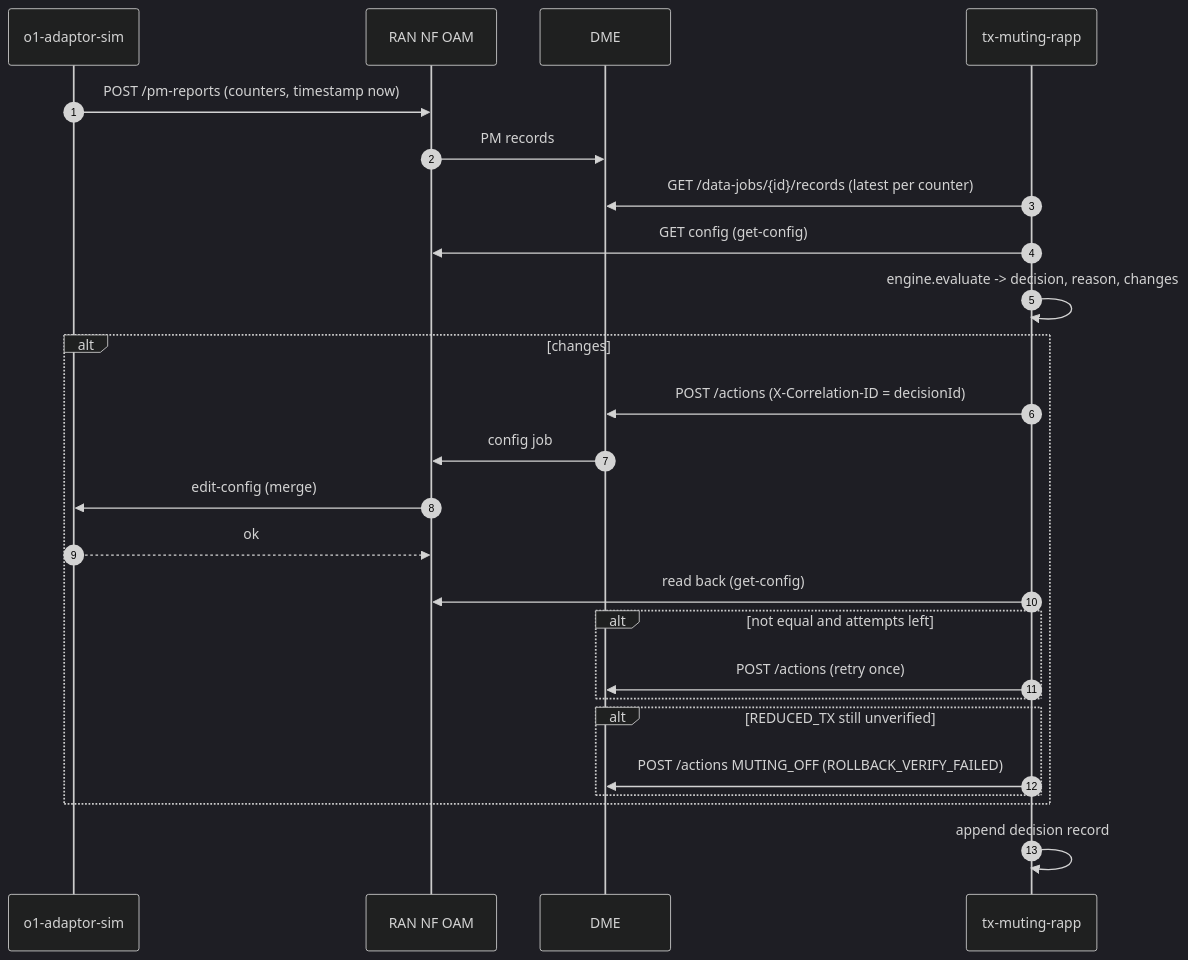
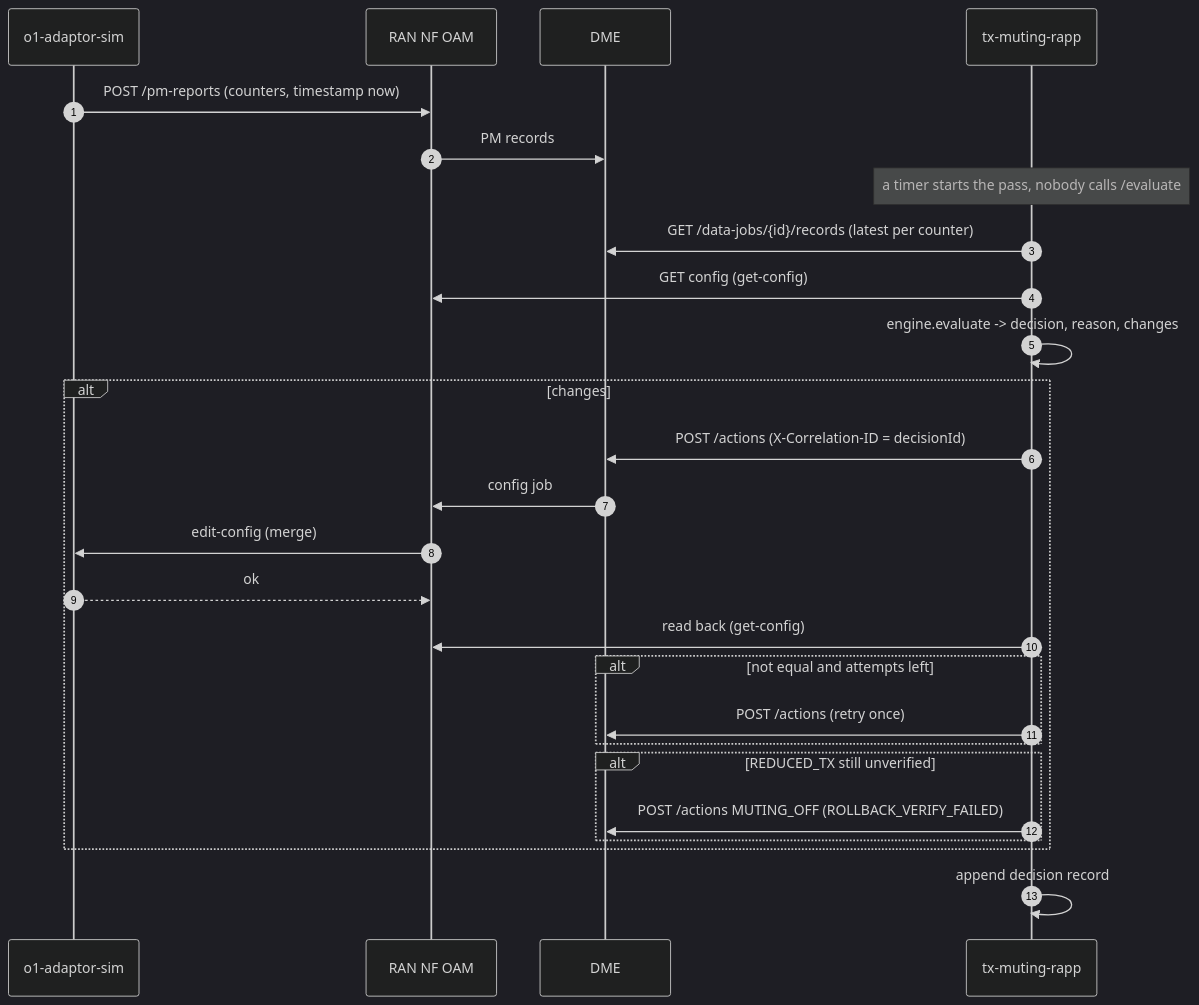
Before and after one commit to rsys-bshankar/ai-ran-ref: the third of 4 diagrams in smo/samples/tx-muting-rapp/README.md, drawn with Mermaid (dark theme). The commit also changed other lines of this file and 6 other files, not shown here.

````diff
--- a/smo/samples/tx-muting-rapp/README.md
+++ b/smo/samples/tx-muting-rapp/README.md
@@ -204,27 +242,28 @@
 ```mermaid
 sequenceDiagram
     autonumber
     participant AD as o1-adaptor-sim
     participant NF as RAN NF OAM
     participant D as DME
     participant R as tx-muting-rapp
     AD->>NF: POST /pm-reports (counters, timestamp now)
     NF->>D: PM records
+    Note over R: a timer starts the pass, nobody calls /evaluate
     R->>D: GET /data-jobs/{id}/records (latest per counter)
     R->>NF: GET config (get-config)
     R->>R: engine.evaluate -> decision, reason, changes
     alt changes
         R->>D: POST /actions (X-Correlation-ID = decisionId)
         D->>NF: config job
         NF->>AD: edit-config (merge)
         AD-->>NF: ok
         R->>NF: read back (get-config)
         alt not equal and attempts left
             R->>D: POST /actions (retry once)
         end
         alt REDUCED_TX still unverified
             R->>D: POST /actions MUTING_OFF (ROLLBACK_VERIFY_FAILED)
         end
     end
     R->>R: append decision record
 ```
````
